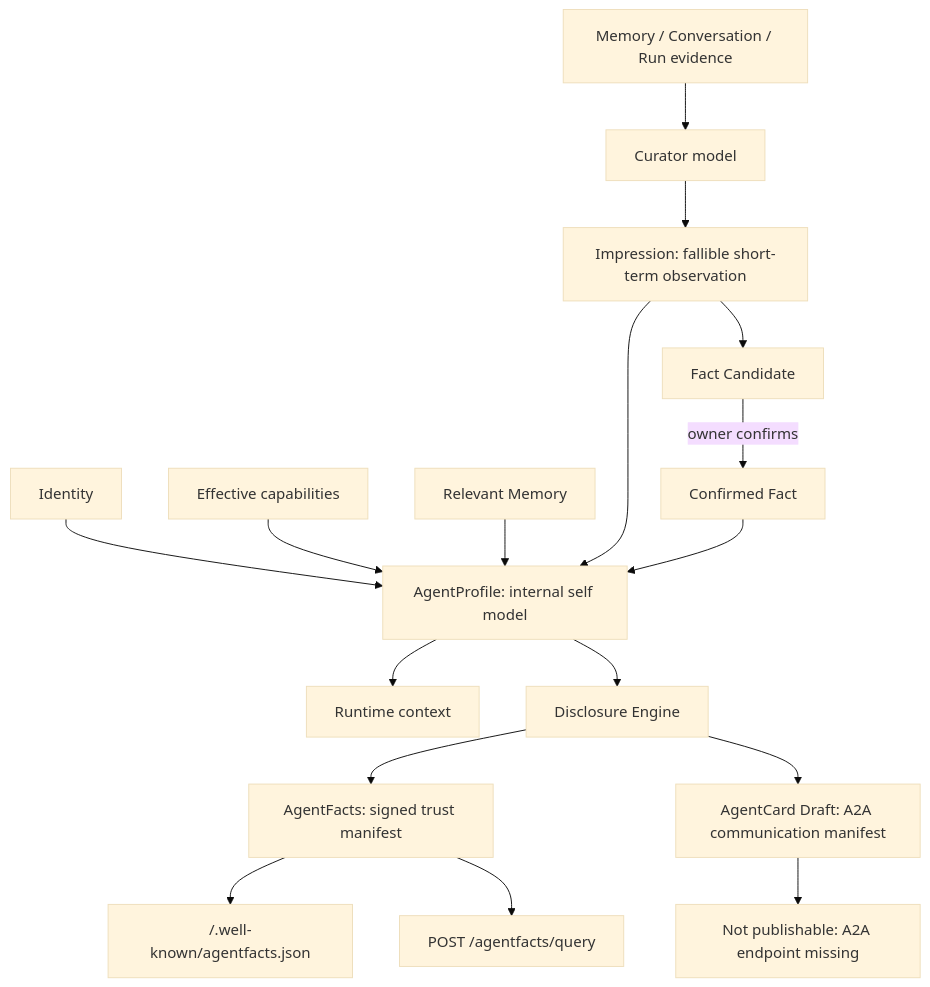
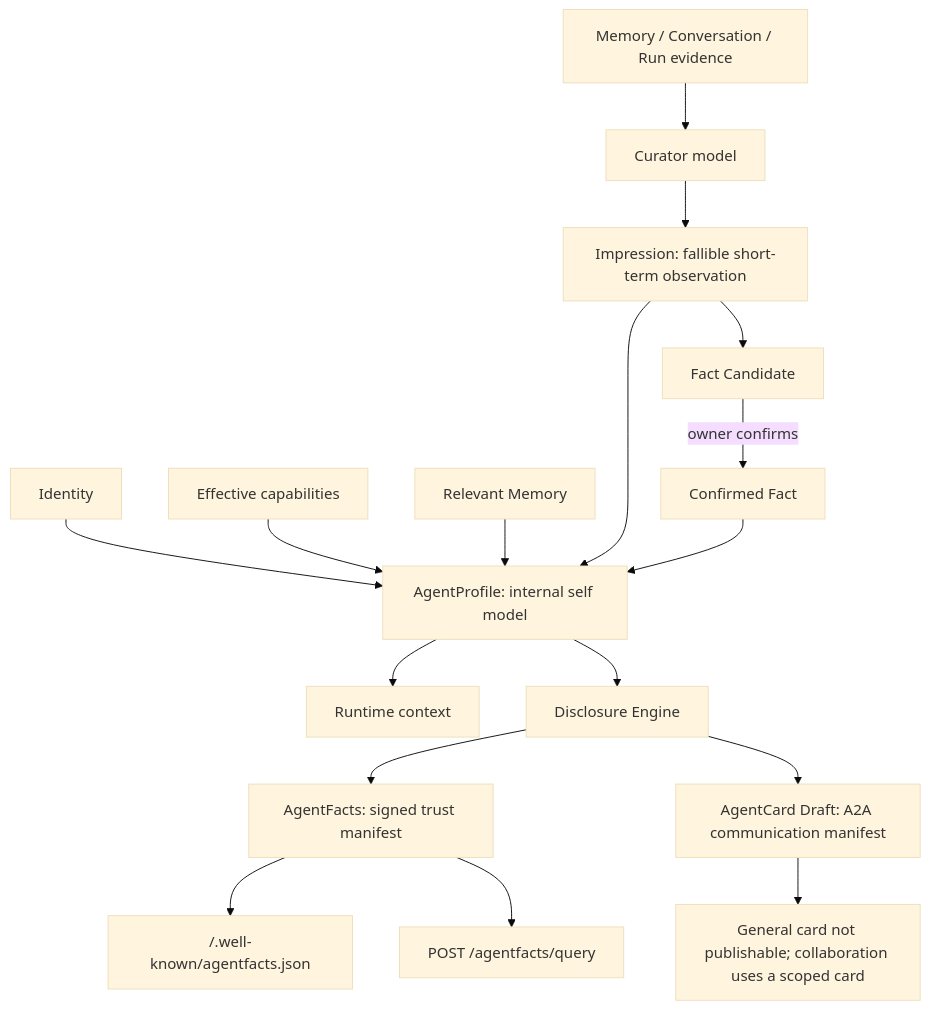
The diagram in docs/02-architecture/cognitive-profile-and-publication.md (re35t/AegisLink), drawn with Mermaid (base theme) before and after one commit. The commit also changed 59 other files, not shown here.

````diff
--- a/docs/02-architecture/cognitive-profile-and-publication.md
+++ b/docs/02-architecture/cognitive-profile-and-publication.md
@@ -5,19 +5,19 @@
 ```mermaid
 flowchart TD
     evidence["Memory / Conversation / Run evidence"] --> curator["Curator model"]
     curator --> impression["Impression: fallible short-term observation"]
     impression --> candidate["Fact Candidate"]
     candidate -->|"owner confirms"| fact["Confirmed Fact"]
     identity["Identity"] --> profile["AgentProfile: internal self model"]
     capability["Effective capabilities"] --> profile
     memory["Relevant Memory"] --> profile
     impression --> profile
     fact --> profile
     profile --> runtime["Runtime context"]
     profile --> disclosure["Disclosure Engine"]
     disclosure --> agentfacts["AgentFacts: signed trust manifest"]
     disclosure --> card["AgentCard Draft: A2A communication manifest"]
     agentfacts --> wellknown["/.well-known/agentfacts.json"]
     agentfacts --> query["POST /agentfacts/query"]
-    card --> blocker["Not publishable: A2A endpoint missing"]
+    card --> blocker["General card not publishable; collaboration uses a scoped card"]
 ```
````
